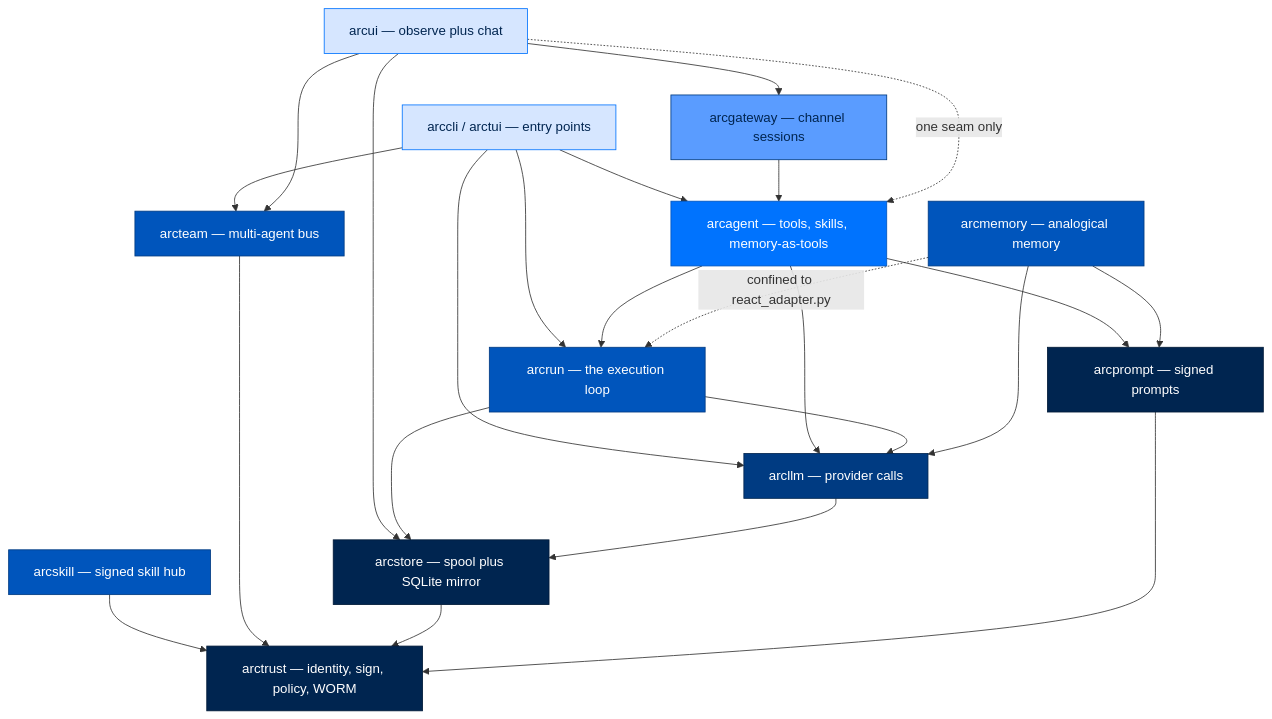
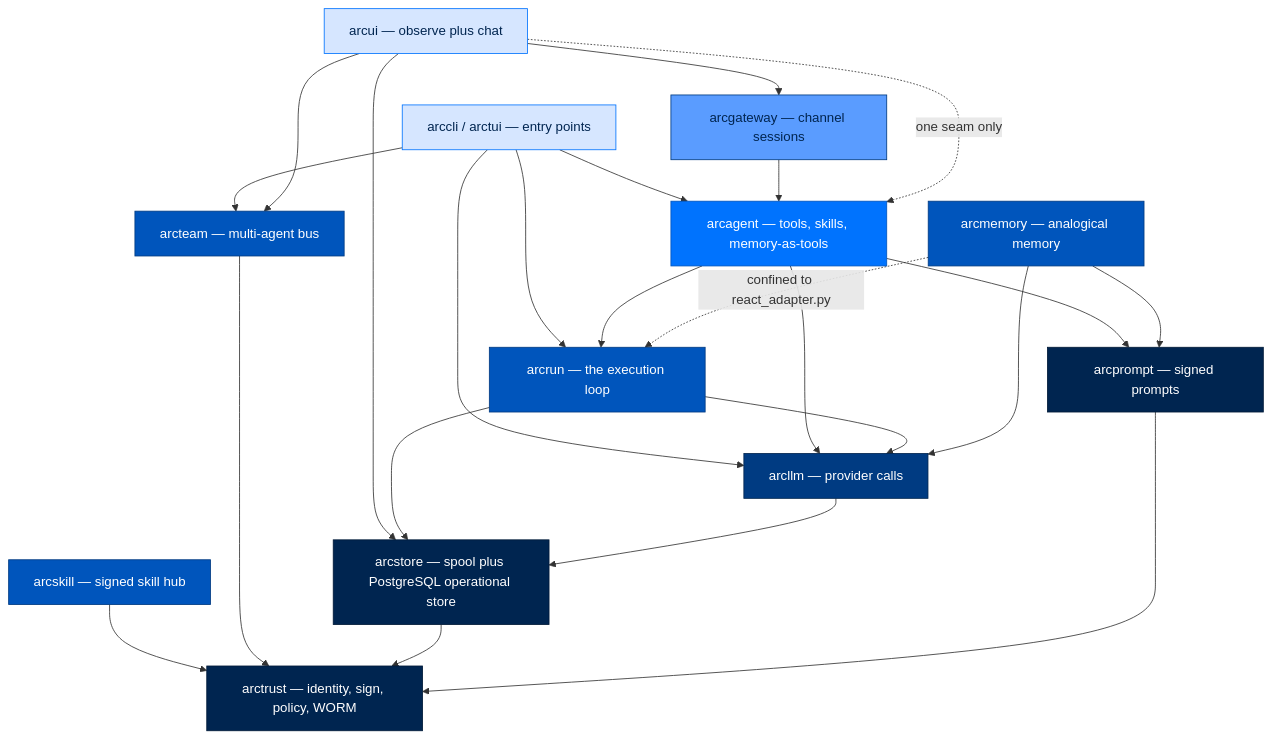
The first of 6 diagrams in docs/walkthrough/02-architecture.md (joshuamschultz/Arc), drawn with Mermaid before and after one commit. The commit also changed other lines of this file and 16 other files, not shown here.

First line of the commit message:
docs: align ArcStore references with PostgreSQL cutover

````diff
--- a/docs/walkthrough/02-architecture.md
+++ b/docs/walkthrough/02-architecture.md
@@ -63,52 +63,52 @@
 ```mermaid
 flowchart TB
     classDef entry   fill:#D6E6FF,stroke:#0073FE,color:#002550
     classDef surface fill:#5A9CFF,stroke:#003B82,color:#002550
     classDef agent   fill:#0073FE,stroke:#0055BC,color:#FFFFFF
     classDef runtime fill:#0055BC,stroke:#003B82,color:#FFFFFF
     classDef llm     fill:#003B82,stroke:#002550,color:#FFFFFF
     classDef found   fill:#002550,stroke:#001A38,color:#FFFFFF
 
     CLI["arccli / arctui — entry points"]
     GW["arcgateway — channel sessions"]
     UI["arcui — observe plus chat"]
     AGENT["arcagent — tools, skills, memory-as-tools"]
     RUN["arcrun — the execution loop"]
     LLM["arcllm — provider calls"]
     PROMPT["arcprompt — signed prompts"]
     SKILL["arcskill — signed skill hub"]
     MEMORY["arcmemory — analogical memory"]
     TEAM["arcteam — multi-agent bus"]
-    STORE["arcstore — spool plus SQLite mirror"]
+    STORE["arcstore — spool plus PostgreSQL operational store"]
     TRUST["arctrust — identity, sign, policy, WORM"]
 
     CLI --> AGENT
     CLI --> RUN
     CLI --> LLM
     CLI --> TEAM
     GW --> AGENT
     UI --> STORE
     UI --> GW
     UI --> TEAM
     UI -.->|"one seam only"| AGENT
     AGENT --> RUN
     AGENT --> LLM
     AGENT --> PROMPT
     RUN --> LLM
     RUN --> STORE
     MEMORY --> LLM
     MEMORY --> PROMPT
     MEMORY -.->|"confined to react_adapter.py"| RUN
     SKILL --> TRUST
     TEAM --> TRUST
     STORE --> TRUST
     LLM --> STORE
     PROMPT --> TRUST
 
     class CLI,UI entry
     class GW surface
     class AGENT agent
     class RUN,MEMORY,SKILL,TEAM runtime
     class LLM llm
     class STORE,TRUST,PROMPT found
 ```
````
